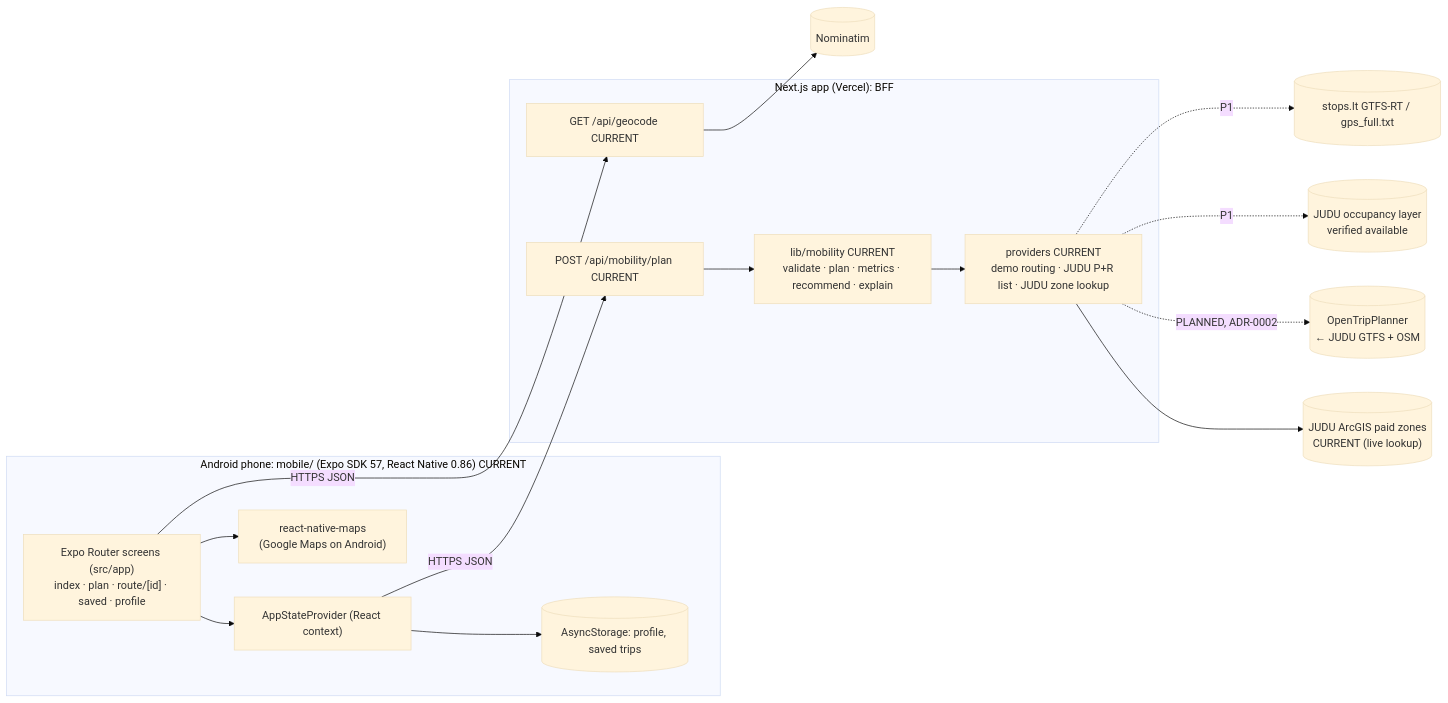
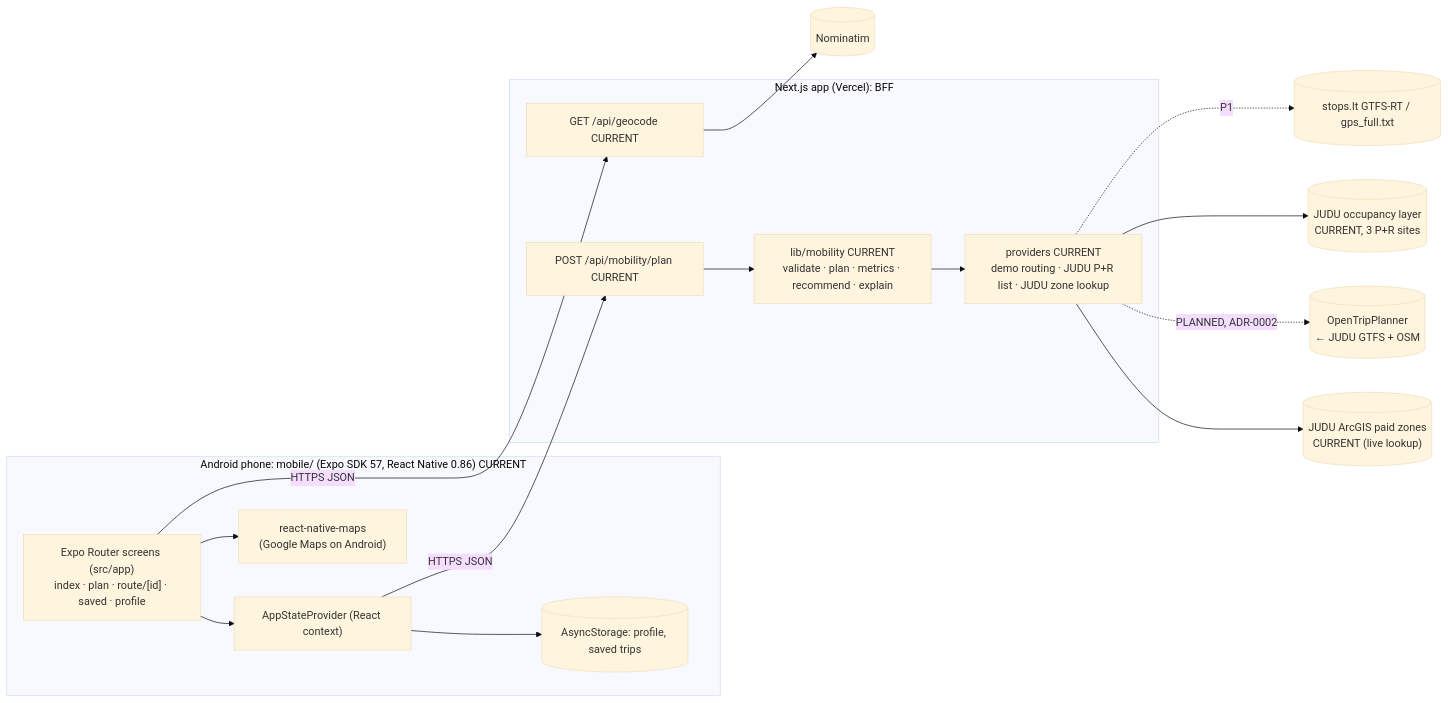
Before and after one commit to EismoPulsas/eismopulsas: the second of 2 diagrams in STRUCTURE.md, drawn with Mermaid (base theme). The commit also changed other lines of this file and 12 other files, not shown here.

Commit message:
feat(bff): enrich P+R plans with live JUDU occupancy

````diff
--- a/STRUCTURE.md
+++ b/STRUCTURE.md
@@ -282,22 +282,22 @@
 ```mermaid
 flowchart LR
   subgraph Phone["Android phone: mobile/ (Expo SDK 57, React Native 0.86) CURRENT"]
     UI["Expo Router screens (src/app)<br/>index · plan · route/[id] · saved · profile"] --> STATE["AppStateProvider (React context)"]
     STATE --> LOCAL[("AsyncStorage: profile, saved trips")]
     UI --> MAP["react-native-maps<br/>(Google Maps on Android)"]
   end
 
   subgraph Vercel["Next.js app (Vercel): BFF"]
     PLAN["POST /api/mobility/plan CURRENT"] --> ENGINE["lib/mobility CURRENT<br/>validate · plan · metrics · recommend · explain"]
     ENGINE --> PROV["providers CURRENT<br/>demo routing · JUDU P+R list · JUDU zone lookup"]
     GEO["GET /api/geocode CURRENT"]
   end
 
   STATE -->|HTTPS JSON| PLAN
   UI -->|HTTPS JSON| GEO
   GEO --> NOM[(Nominatim)]
   PROV --> ZONES[("JUDU ArcGIS paid zones<br/>CURRENT (live lookup)")]
   PROV -. PLANNED, ADR-0002 .-> OTP[("OpenTripPlanner<br/>← JUDU GTFS + OSM")]
-  PROV -. P1 .-> OCC[("JUDU occupancy layer<br/>verified available")]
+  PROV --> OCC[("JUDU occupancy layer<br/>CURRENT, 3 P+R sites")]
   PROV -. P1 .-> RT[("stops.lt GTFS-RT / gps_full.txt")]
 ```
````
